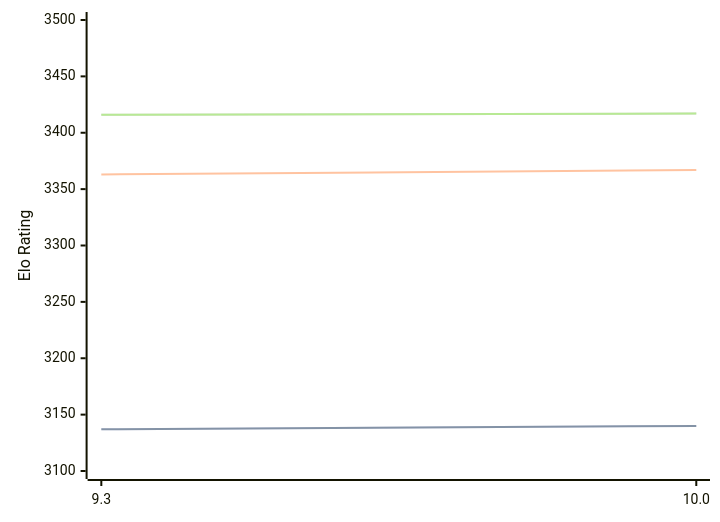
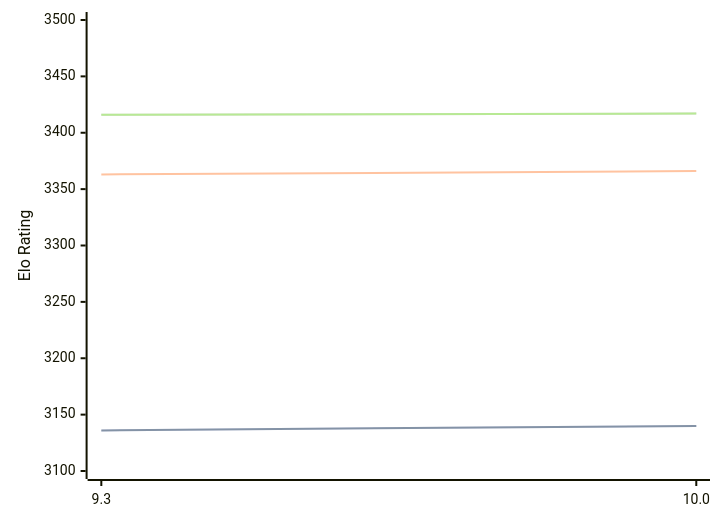
The diagram in engines/Fire.md (computer-chess-index/cci), drawn with Mermaid before and after one commit. The commit also changed other lines of this file, not shown here.

````diff
--- a/engines/Fire.md
+++ b/engines/Fire.md
@@ -47,11 +47,11 @@
 ```mermaid
 %%{init: {"theme":"base","themeVariables":{"seriesColors:['#a3a3a3','#222221','#faa371']}}}%%
 xychart-beta
   x-axis ["9.3", "10.0"]
   y-axis "Elo Rating" 3100 --> 3500
-  line "STC (8.0+0.08s)" [3137, 3140]
-  line "STC (8.0+0.08s)" [3137, 3140]
-  line "LTC (60.0+0.60s)" [3363, 3367]
+  line "STC (8.0+0.08s)" [3136, 3140]
+  line "STC (8.0+0.08s)" [3136, 3140]
+  line "LTC (60.0+0.60s)" [3363, 3366]
   line "VLTC (2m24s+1.12s)" [3416, 3417]
   line "VLTC (2m24s+1.12s)" [3416, 3417]
 ```
````
